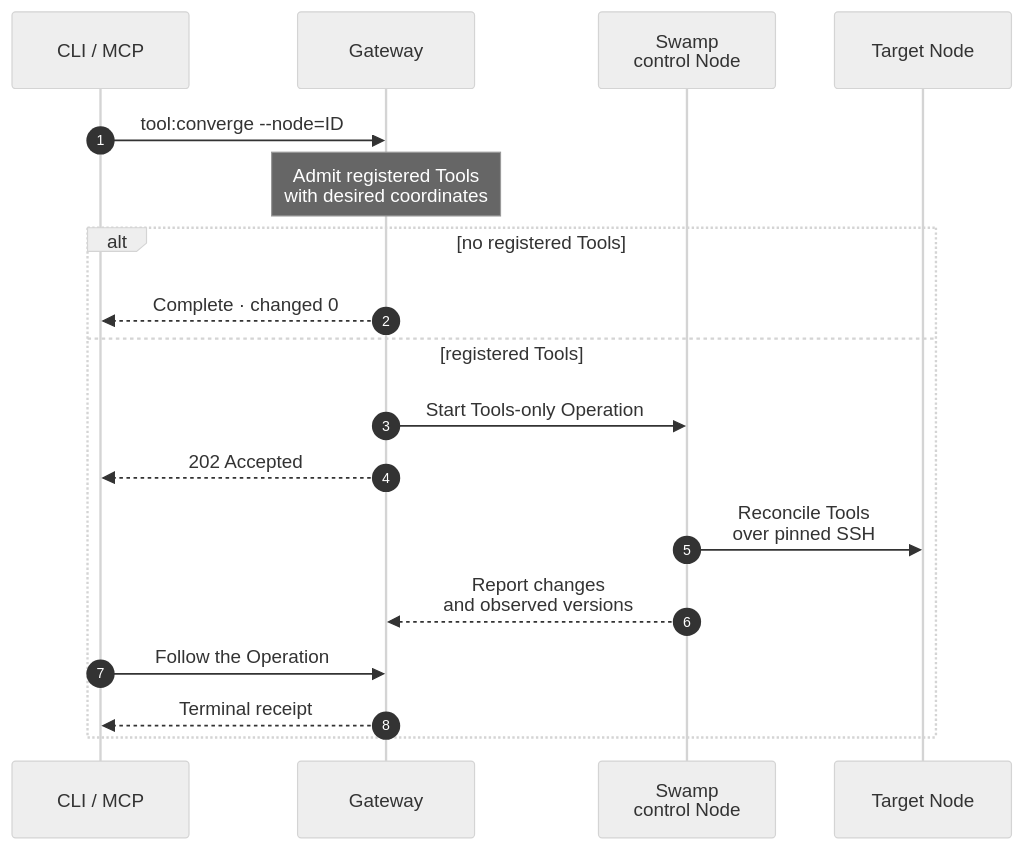
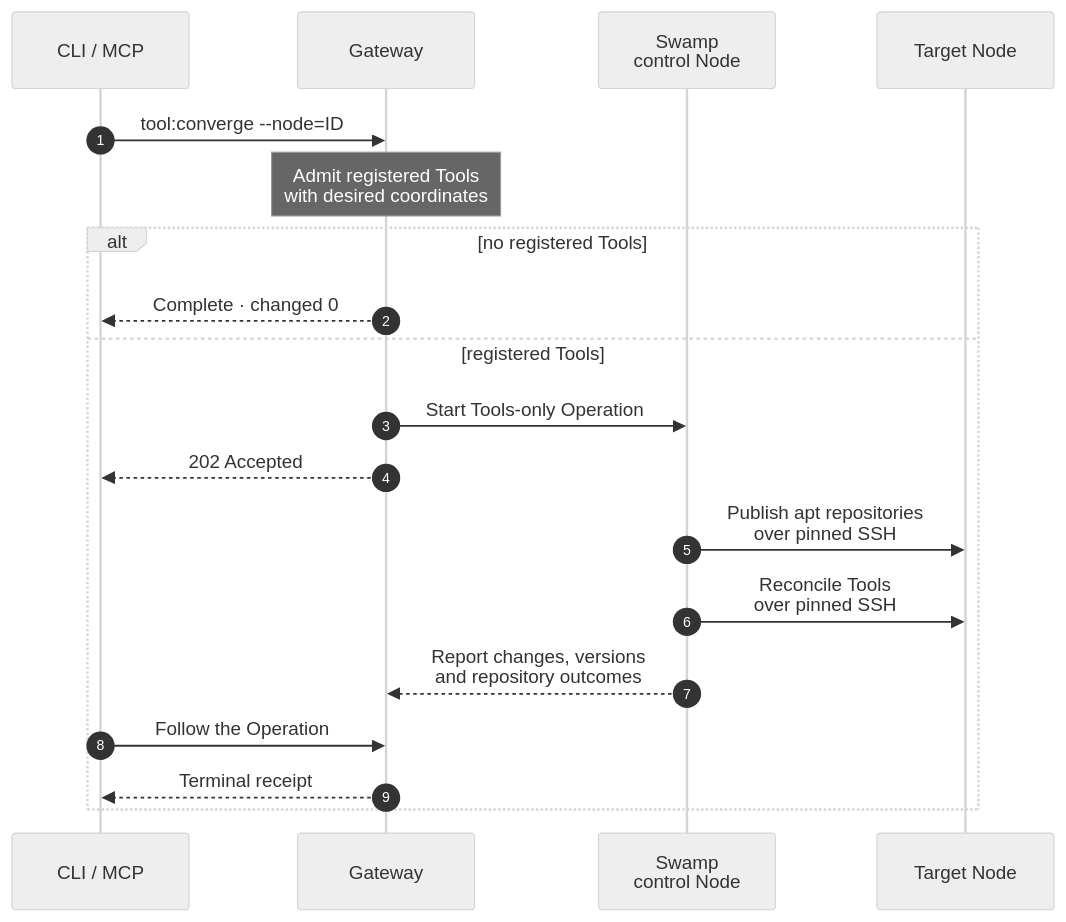
Before and after one commit to hardimpactdev/orbit: the diagram in docs/cli/tool/converge.mmd, drawn with Mermaid (neutral theme). The commit also changed 124 other files, not shown here.

First line of the commit message:
Make the apt repository an explicit Node record instead of inferring source trust

```diff
--- a/docs/cli/tool/converge.mmd
+++ b/docs/cli/tool/converge.mmd
@@ -1,36 +1,39 @@
 sequenceDiagram
   %% status: draft
   %% command: tool:converge
   %% kind: tool.converge
   autonumber
   %% lane CLI icon=terminal pill=caller tone=gray
   %% lane GW icon=gateway pill=intent tone=blue
   %% lane SW icon=workflow pill=executes tone=green
   %% lane N icon=server pill=target tone=amber
   participant CLI as CLI / MCP
   participant GW as Gateway
   participant SW as Swamp<br/>control Node
   participant N as Target Node
   CLI->>GW: tool:converge --node=ID
   %%> Command:
   %%> - syntax: `--node=ID [--tool-id=TOOL ...] [--idempotency-key=KEY] [--json]`
   Note over GW: Admit registered Tools<br/>with desired coordinates
   %%> Requirements:
   %%> - the Node is active and SSH-managed on Linux or macOS
   %%> - the caller has access to the Node and no competing write owns a selected manager on this Node
-  %%> - admit all eligible Tools, or only the selected memberships; verify shared signed sources
+  %%> - admit all eligible Tools, or only the selected memberships, and the apt repositories they reference; one on another repository's URI and suite is refused
   alt no registered Tools
     GW-->>CLI: Complete · changed 0
   else registered Tools
     GW->>SW: Start Tools-only Operation
     GW-->>CLI: 202 Accepted
+    SW->>N: Publish apt repositories<br/>over pinned SSH
+    %%> Repositories:
+    %%> - each one is that repository's own add: hold its preferences to its owned Tools, verify the key, write keyring and source, read its index
+    %%> - its outcome makes it ready or failed; a failed one stops only its own Tools
     SW->>N: Reconcile Tools<br/>over pinned SSH
     %%> Result:
     %%> - install missing packages and apply exact desired versions; leave existing unpinned packages alone
     %%> - do not run core, role, network, or host Conn phases
-    %%> - hold each apt source's preferences to its owned Tools before publication; add a Tool only after it is verified installed
-    %%> - without Tool IDs, remove the files of every recorded source no Tool names; the Gateway forgets it only after the phase succeeded
-    SW-->>GW: Report changes<br/>and observed versions
+    %%> - add a Tool to its repository's preference only after it is verified installed
+    SW-->>GW: Report changes, versions<br/>and repository outcomes
     CLI->>GW: Follow the Operation
     GW-->>CLI: Terminal receipt
   end
```
